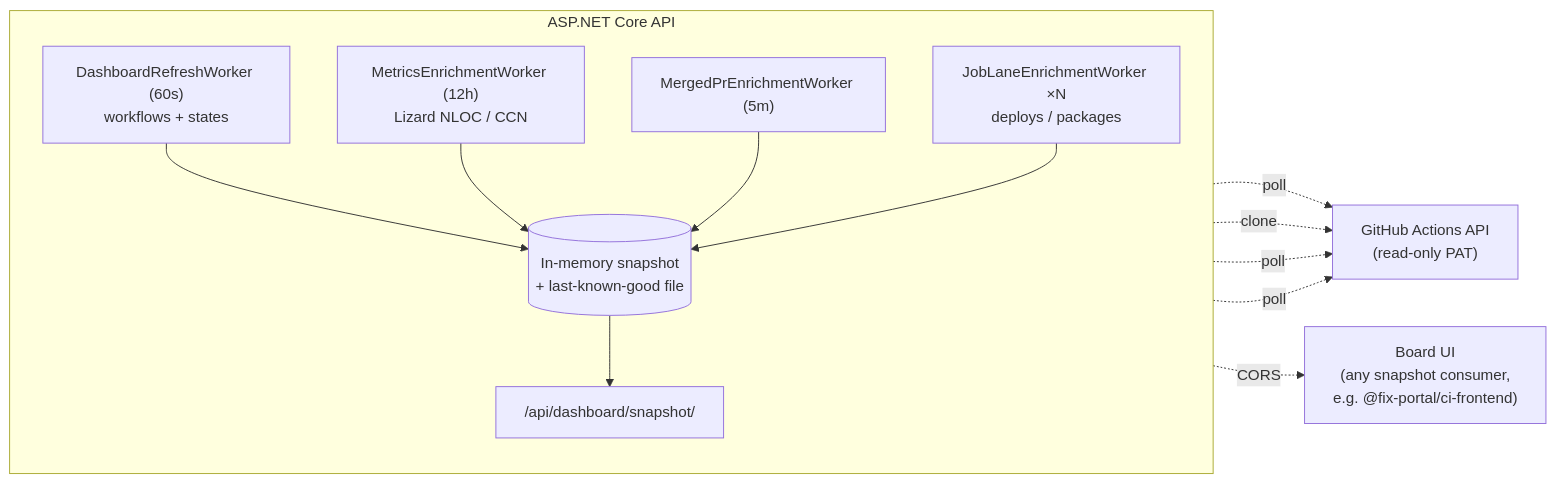
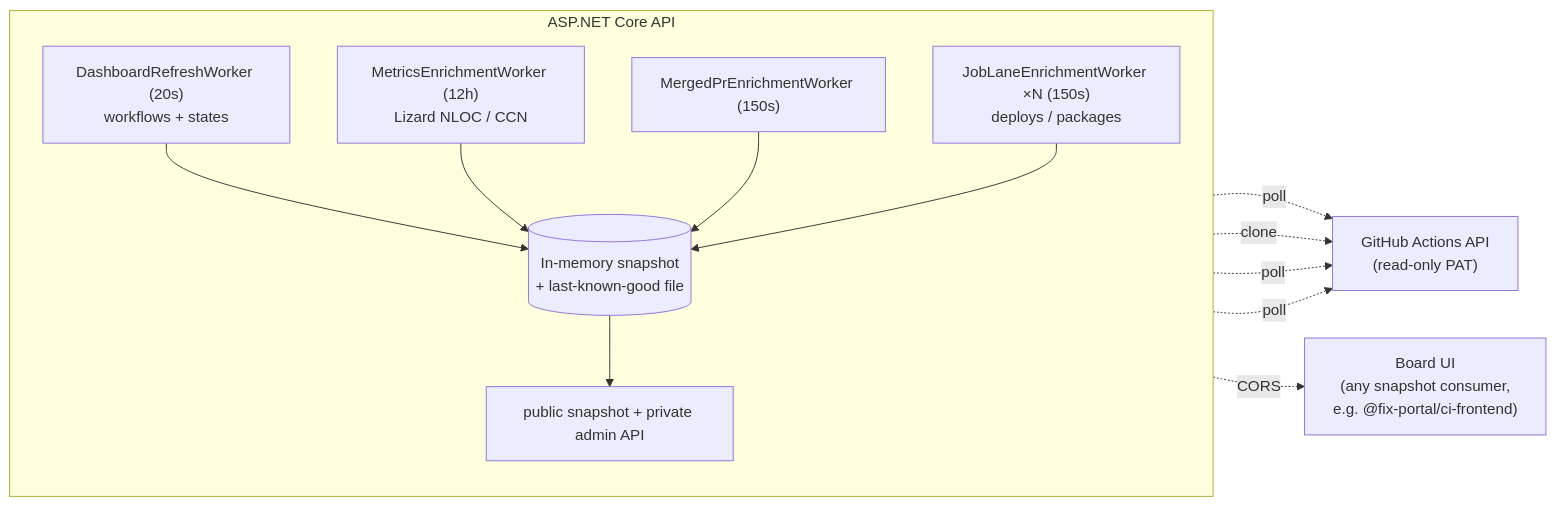
One commit to FixPortal/fixportal-ci-backend changed the diagram in README.md. Above: the diagram before and after it, drawn with Mermaid. The commit also changed other lines of this file and 8 other files, not shown here.

````diff
--- a/README.md
+++ b/README.md
@@ -51,24 +42,24 @@
 ```mermaid
 graph LR
     subgraph App["ASP.NET Core API"]
         direction TB
-        RW["DashboardRefreshWorker (60s)<br/>workflows + states"]
+        RW["DashboardRefreshWorker (20s)<br/>workflows + states"]
         MW["MetricsEnrichmentWorker (12h)<br/>Lizard NLOC / CCN"]
-        PW["MergedPrEnrichmentWorker (5m)"]
-        JW["JobLaneEnrichmentWorker ×N<br/>deploys / packages"]
+        PW["MergedPrEnrichmentWorker (150s)"]
+        JW["JobLaneEnrichmentWorker ×N (150s)<br/>deploys / packages"]
         SNAP[("In-memory snapshot<br/>+ last-known-good file")]
-        API["/api/dashboard/snapshot/"]
+        API["public snapshot + private admin API"]
         RW --> SNAP
         MW --> SNAP
         PW --> SNAP
         JW --> SNAP
         SNAP --> API
     end
     GH["GitHub Actions API<br/>(read-only PAT)"]
     SPA["Board UI<br/>(any snapshot consumer,<br/>e.g. @fix-portal/ci-frontend)"]
     RW -.poll.-> GH
     MW -.clone.-> GH
     PW -.poll.-> GH
     JW -.poll.-> GH
     API -.CORS.-> SPA
 ```
````
